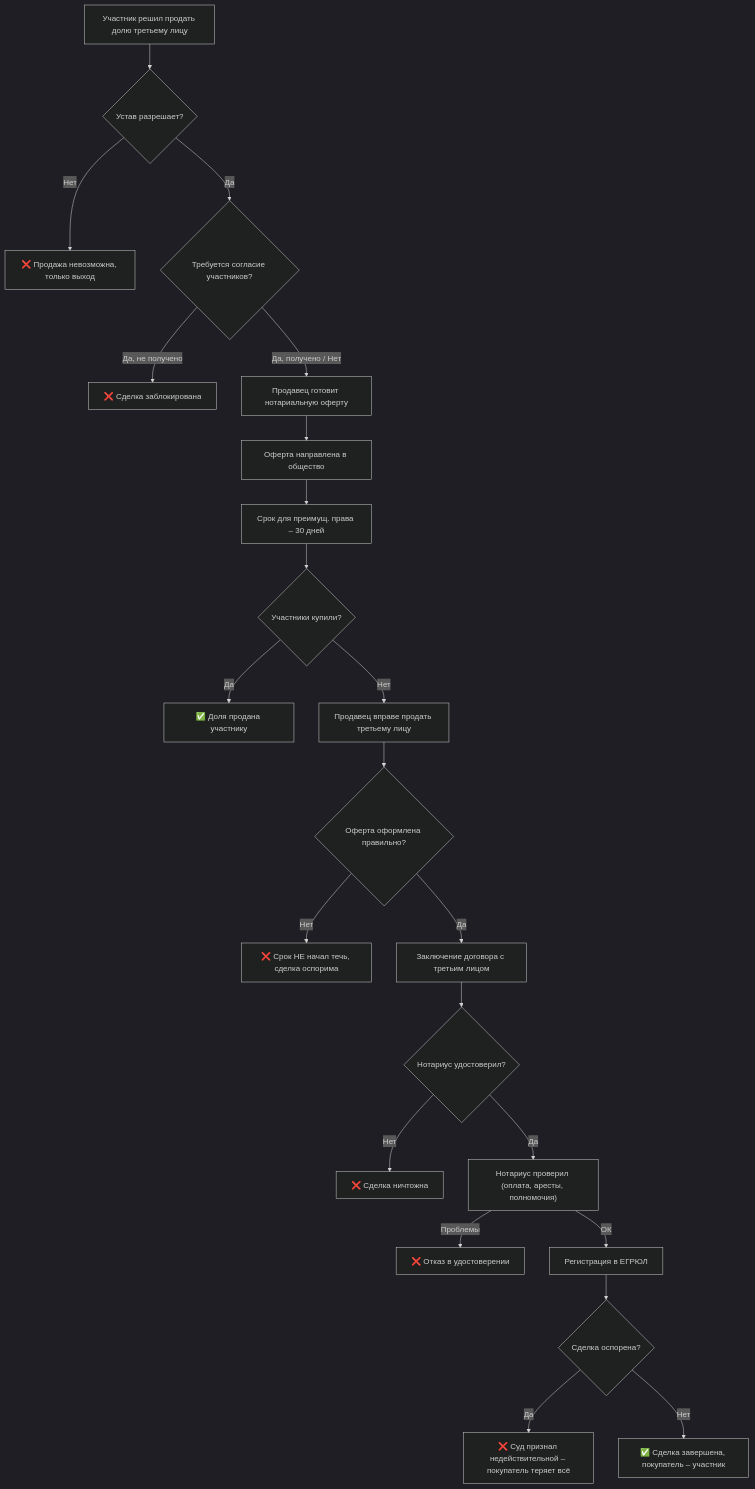
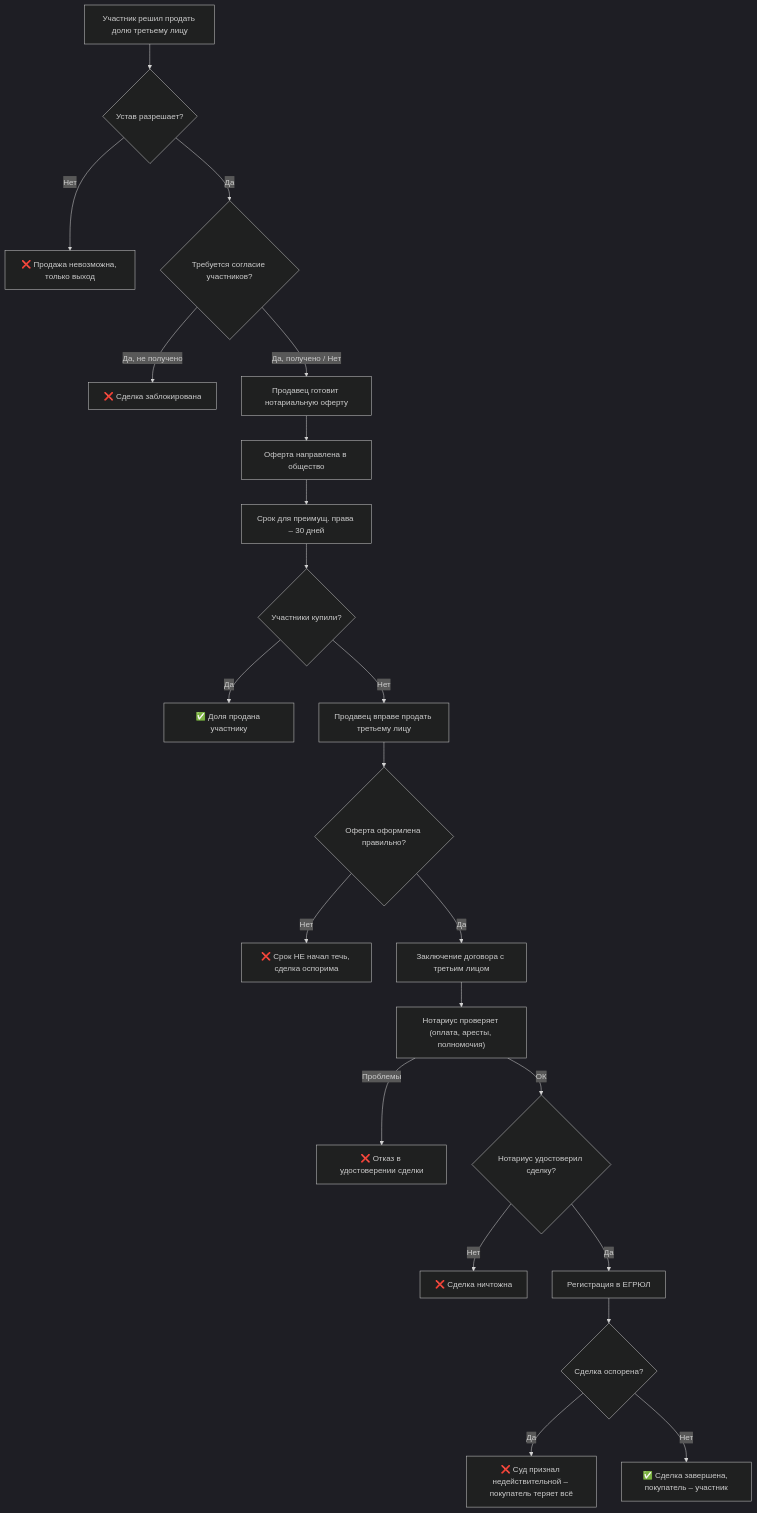
One commit to arsenyuk/SamorodinkaTech.Fiducia changed the second of 4 diagrams in docs/business-processes/llc-share-purchase-sale.md. Above: the diagram before and after it, drawn with Mermaid (dark theme). The commit also changed other lines of this file, not shown here.

Commit message:
docs(llc): исправить порядок проверки/удостоверения в схемах 12 и 14; уточнить «Отказ в удостоверении сделки»

````diff
--- a/docs/business-processes/llc-share-purchase-sale.md
+++ b/docs/business-processes/llc-share-purchase-sale.md
@@ -165,24 +166,24 @@
 ```mermaid
 flowchart TD
     A["Участник решил продать долю третьему лицу"] --> B{Устав разрешает?}
     B -->|Нет| C["❌ Продажа невозможна, только выход"]
     B -->|Да| D{Требуется согласие участников?}
     D -->|"Да, не получено"| E["❌ Сделка заблокирована"]
     D -->|"Да, получено / Нет"| F["Продавец готовит нотариальную оферту"]
     F --> G["Оферта направлена в общество"]
     G --> H["Срок для преимущ. права – 30 дней"]
     H --> I{Участники купили?}
     I -->|Да| J["✅ Доля продана участнику"]
     I -->|Нет| K["Продавец вправе продать третьему лицу"]
     K --> L{Оферта оформлена правильно?}
     L -->|Нет| M["❌ Срок НЕ начал течь, сделка оспорима"]
     L -->|Да| N["Заключение договора с третьим лицом"]
-    N --> O{Нотариус удостоверил?}
+    N --> Q["Нотариус проверяет (оплата, аресты, полномочия)"]
+    Q -->|Проблемы| R["❌ Отказ в удостоверении сделки"]
+    Q -->|ОК| O{Нотариус удостоверил сделку?}
     O -->|Нет| P["❌ Сделка ничтожна"]
-    O -->|Да| Q["Нотариус проверил (оплата, аресты, полномочия)"]
-    Q -->|Проблемы| R["❌ Отказ в удостоверении"]
-    Q -->|ОК| S["Регистрация в ЕГРЮЛ"]
+    O -->|Да| S["Регистрация в ЕГРЮЛ"]
     S --> T{Сделка оспорена?}
     T -->|Да| U["❌ Суд признал недействительной – покупатель теряет всё"]
     T -->|Нет| V["✅ Сделка завершена, покупатель – участник"]
 ```
````
